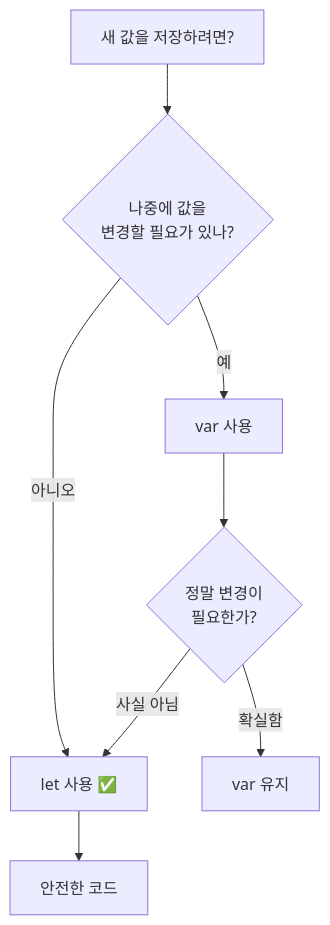
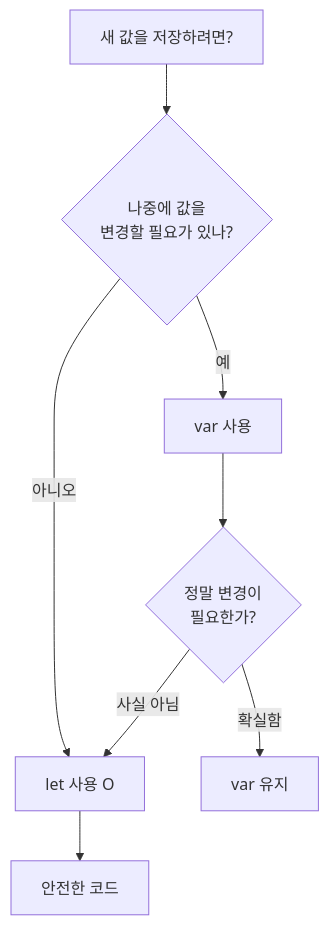
One commit to jsonpassion/forge-tutorial-swift changed the first of 3 diagrams in 01-swift-basics/02-variables-constants.md. Above: the diagram before and after it, drawn with Mermaid. The commit also changed other lines of this file and 69 other files, not shown here.

````diff
--- a/01-swift-basics/02-variables-constants.md
+++ b/01-swift-basics/02-variables-constants.md
@@ -23,10 +23,10 @@
 ```mermaid
 flowchart TD
-    A["새 값을 저장하려면?"] --> B{"나중에 값을\n변경할 필요가 있나?"}
-    B -->|"아니오"| C["let 사용 ✅"]
+    A["새 값을 저장하려면?"] --> B{"나중에 값을<br/>변경할 필요가 있나?"}
+    B -->|"아니오"| C["let 사용 O"]
     B -->|"예"| D["var 사용"]
     C --> E["안전한 코드"]
-    D --> F{"정말 변경이\n필요한가?"}
+    D --> F{"정말 변경이<br/>필요한가?"}
     F -->|"확실함"| G["var 유지"]
     F -->|"사실 아님"| C
 ```
````
